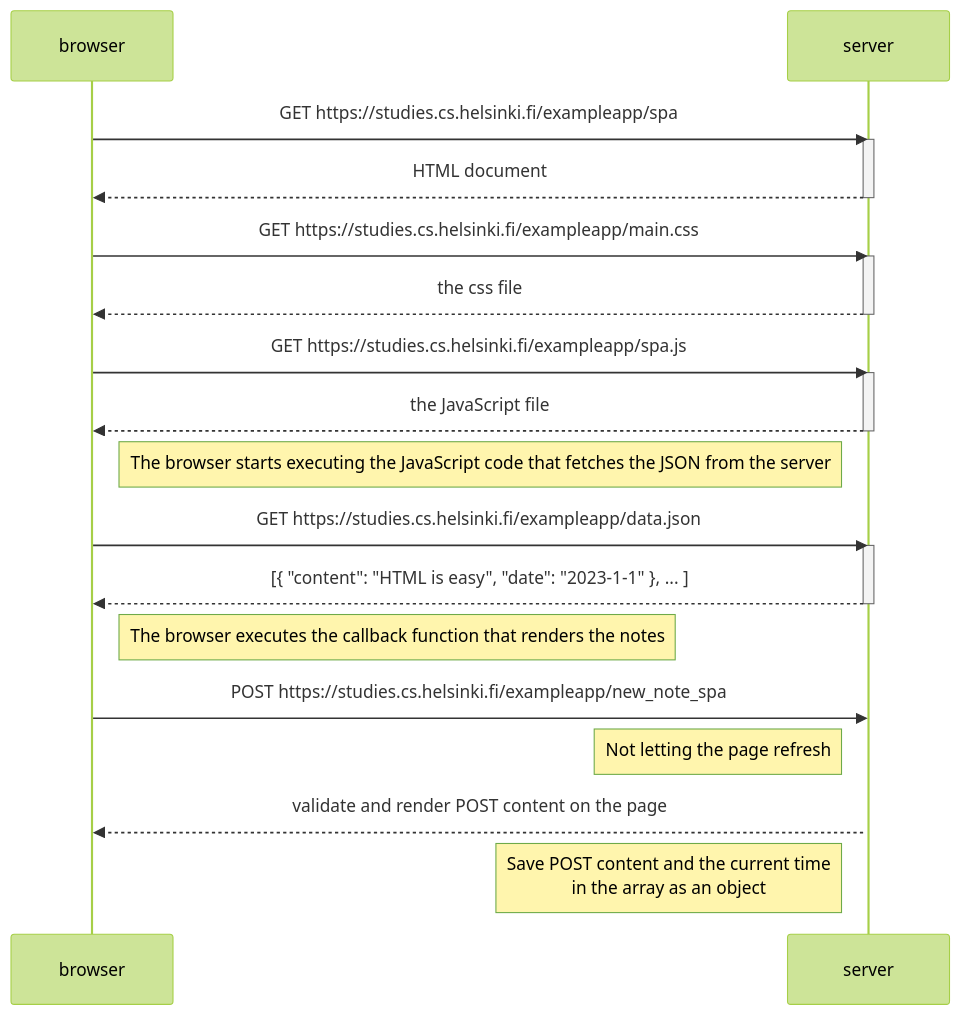
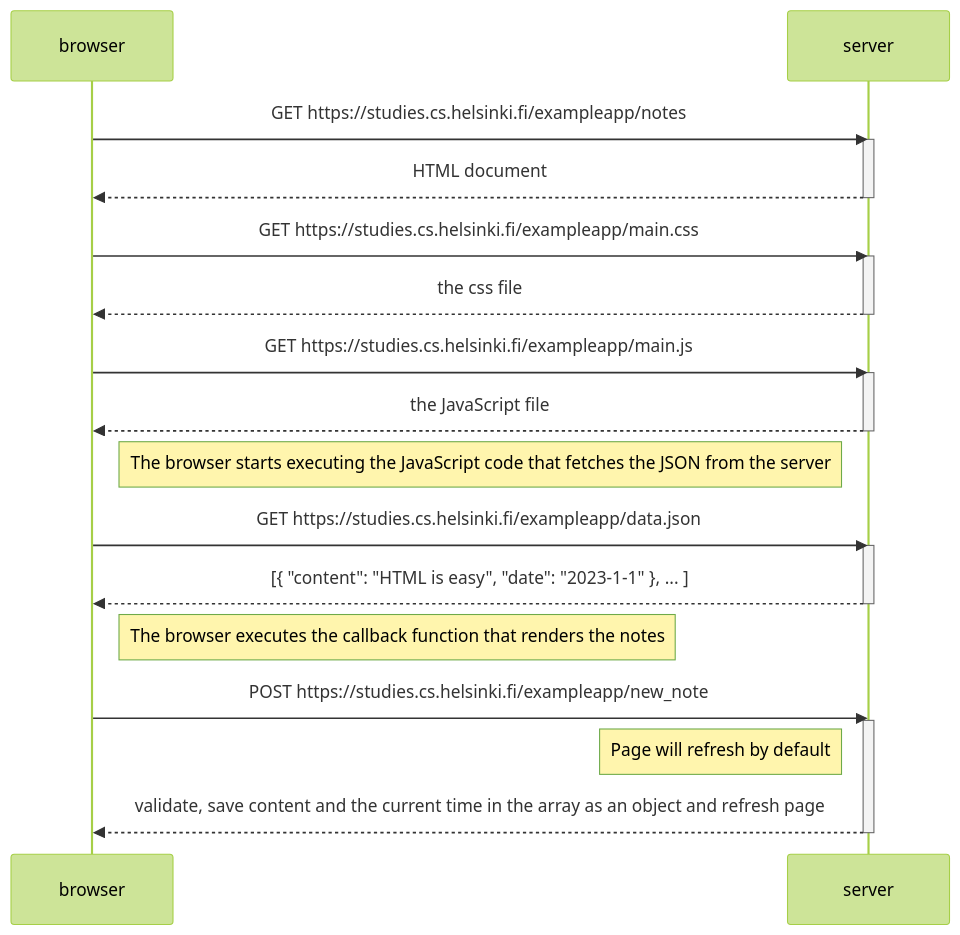
One commit to santigattidev/full_stack_open_ejercicios changed the diagram in part0/4.md. Above: the diagram before and after it, drawn with Mermaid (forest theme). The commit also changed 1 other file, not shown here.

Commit message:
ejercicios 4 y 5

````diff
--- a/part0/4.md
+++ b/part0/4.md
@@ -1,34 +1,34 @@
 ```mermaid
-    sequenceDiagram
+sequenceDiagram
     participant browser
     participant server
 
-    browser->>server: GET https://studies.cs.helsinki.fi/exampleapp/spa
+    browser->>server: GET https://studies.cs.helsinki.fi/exampleapp/notes
     activate server
     server-->>browser: HTML document
     deactivate server
 
     browser->>server: GET https://studies.cs.helsinki.fi/exampleapp/main.css
     activate server
     server-->>browser: the css file
     deactivate server
 
-    browser->>server: GET https://studies.cs.helsinki.fi/exampleapp/spa.js
+    browser->>server: GET https://studies.cs.helsinki.fi/exampleapp/main.js
     activate server
     server-->>browser: the JavaScript file
     deactivate server
 
     Note right of browser: The browser starts executing the JavaScript code that fetches the JSON from the server
 
     browser->>server: GET https://studies.cs.helsinki.fi/exampleapp/data.json
     activate server
     server-->>browser: [{ "content": "HTML is easy", "date": "2023-1-1" }, ... ]
     deactivate server
 
     Note right of browser: The browser executes the callback function that renders the notes
-    browser->>server: POST https://studies.cs.helsinki.fi/exampleapp/new_note_spa
+    browser->>server: POST https://studies.cs.helsinki.fi/exampleapp/new_note
     activate server
-    note left of server: Not letting the page refresh
-    server-->>browser: validate and render POST content on the page
-    note left of server: Save POST content and the current time<br> in the array as an object
+    note left of server: Page will refresh by default
+    server-->>browser: validate, save content and the current time in the array as an object and refresh page
+    deactivate server
 ```
````
